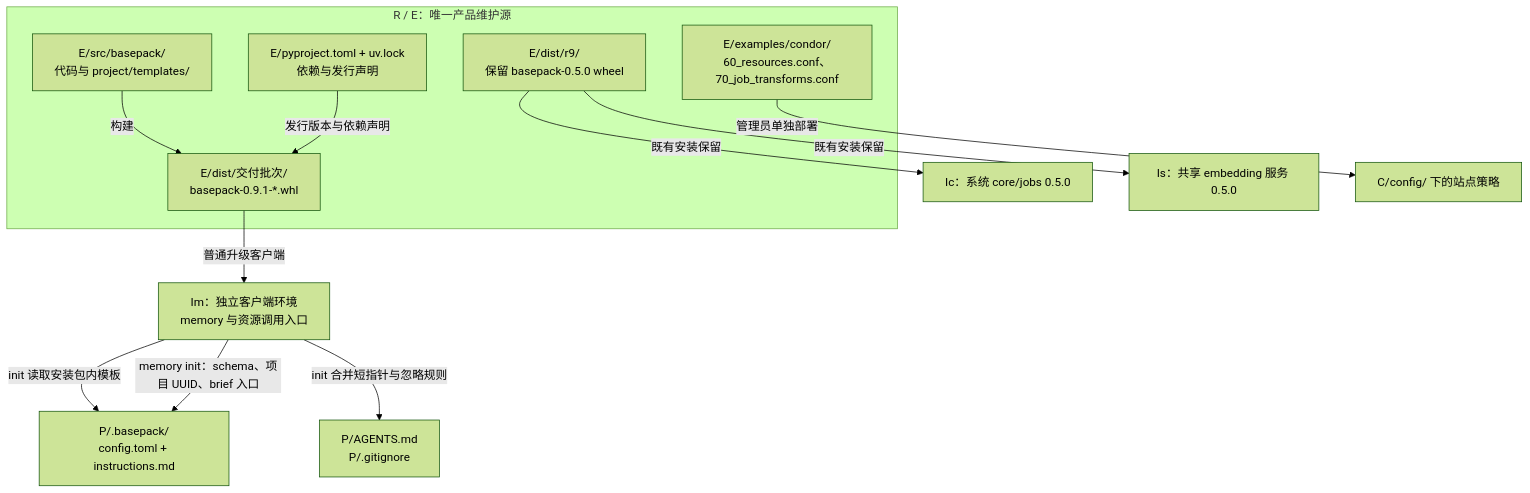
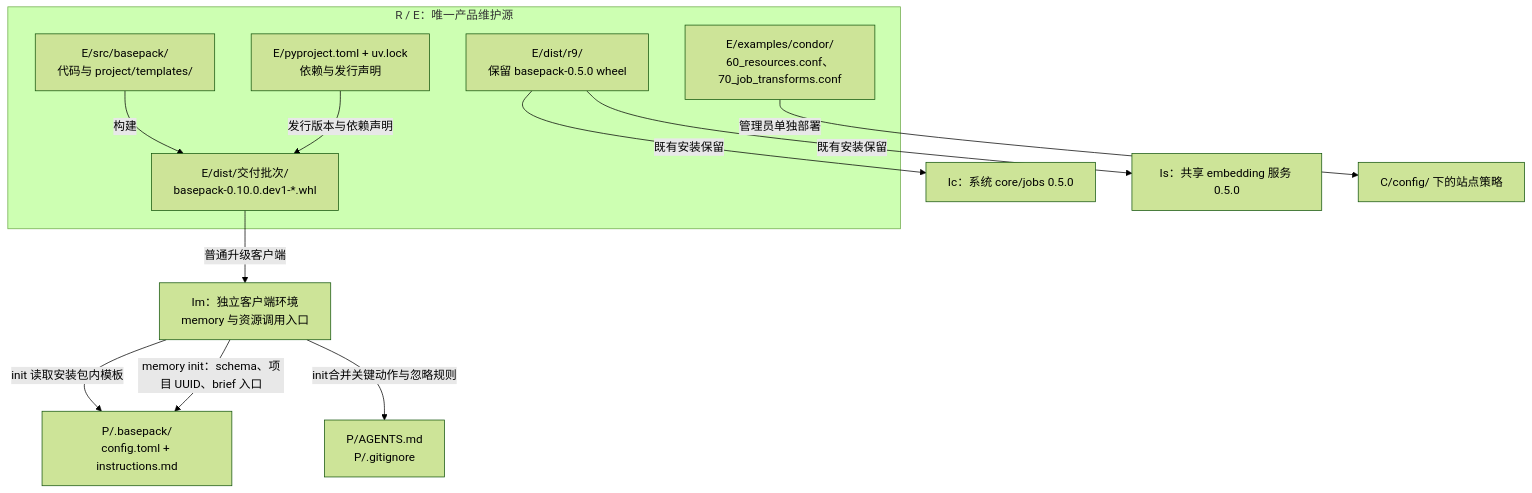
The first of 8 diagrams in devDoc/system/diagrams.md (YS-Pan/basePack), drawn with Mermaid (forest theme) before and after one commit. The commit also changed other lines of this file and 55 other files, not shown here.

````diff
--- a/devDoc/system/diagrams.md
+++ b/devDoc/system/diagrams.md
@@ -22,19 +22,19 @@
 ```mermaid
 flowchart TB
   subgraph source["R / E：唯一产品维护源"]
     code["E/src/basepack/<br/>代码与 project/templates/"]
     deps["E/pyproject.toml + uv.lock<br/>依赖与发行声明"]
-    wheel["E/dist/交付批次/<br/>basepack-0.9.1-*.whl"]
+    wheel["E/dist/交付批次/<br/>basepack-0.10.0.dev1-*.whl"]
     r9["E/dist/r9/<br/>保留 basepack-0.5.0 wheel"]
     policy["E/examples/condor/<br/>60_resources.conf、70_job_transforms.conf"]
     code -->|构建| wheel
     deps -->|发行版本与依赖声明| wheel
   end
   wheel -->|普通升级客户端| memory["Im：独立客户端环境<br/>memory 与资源调用入口"]
   r9 -->|既有安装保留| core["Ic：系统 core/jobs 0.5.0"]
   r9 -->|既有安装保留| service["Is：共享 embedding 服务 0.5.0"]
   policy -->|管理员单独部署| condor["C/config/ 下的站点策略"]
   memory -->|init 读取安装包内模板| instance["P/.basepack/<br/>config.toml + instructions.md"]
-  memory -->|init 合并短指针与忽略规则| entry["P/AGENTS.md<br/>P/.gitignore"]
+  memory -->|init合并关键动作与忽略规则| entry["P/AGENTS.md<br/>P/.gitignore"]
   memory -->|memory init：schema、项目 UUID、brief 入口| instance
 ```
````
